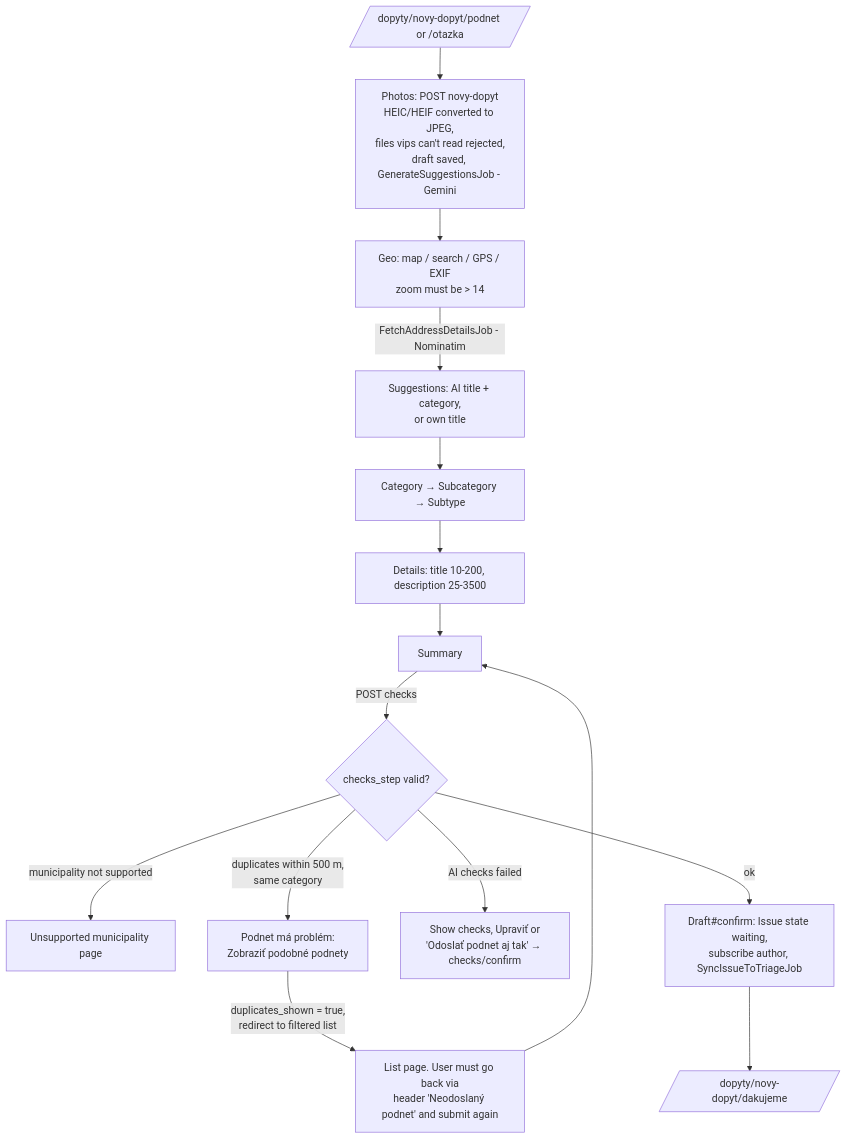
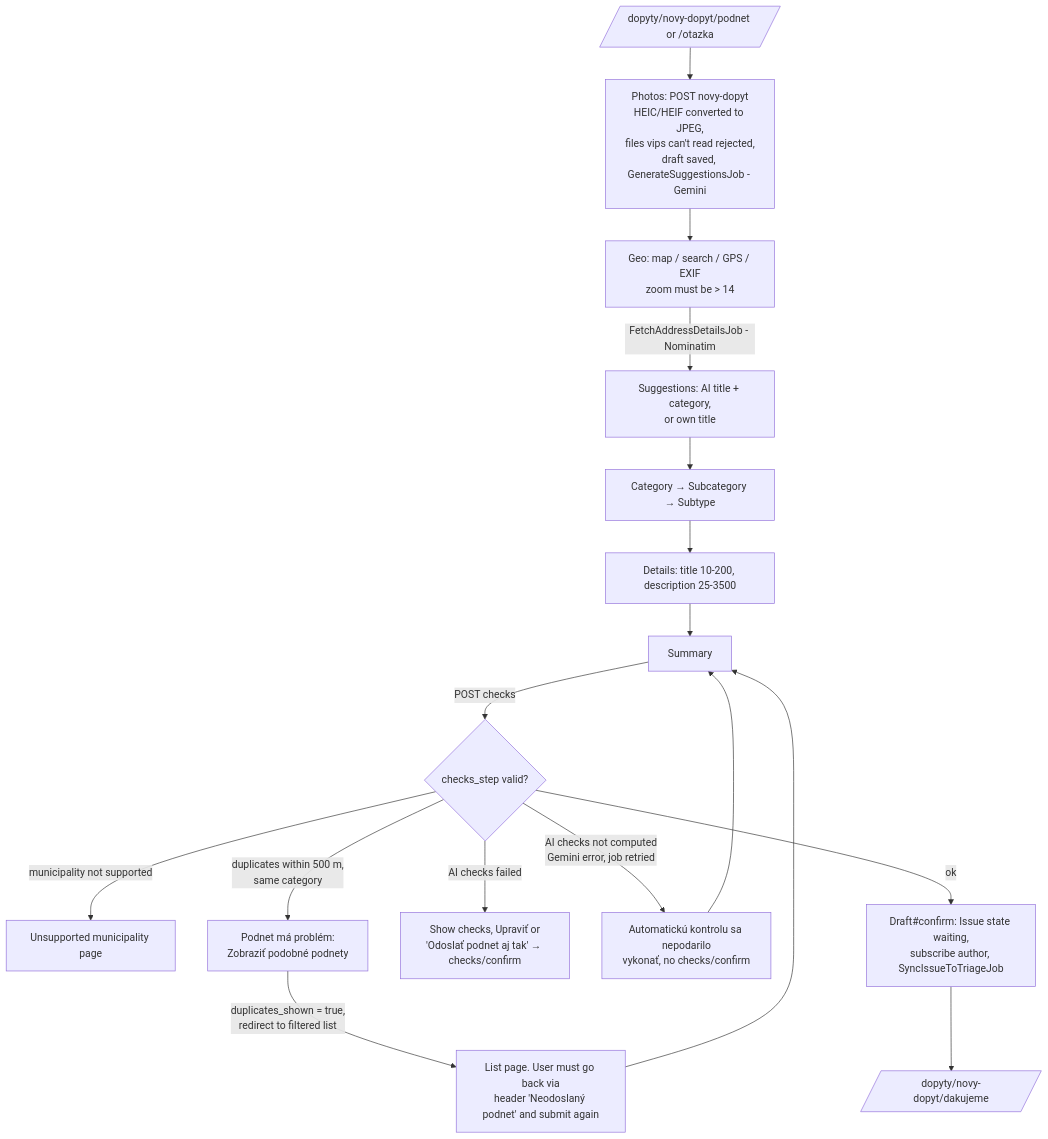
Before and after one commit to slovensko-digital/ops-portal: the first of 3 diagrams in docs/how-it-works/03-submission-and-triage.md, drawn with Mermaid. The commit also changed 1 other file, not shown here.

Commit message:
docs: show checks failing closed in the submission wizard

````diff
--- a/docs/how-it-works/03-submission-and-triage.md
+++ b/docs/how-it-works/03-submission-and-triage.md
@@ -9,17 +9,19 @@
 ```mermaid
 flowchart TD
   A[/dopyty/novy-dopyt/podnet or /otazka/] --> B[Photos: POST novy-dopyt<br/>HEIC/HEIF converted to JPEG,<br/>files vips can't read rejected,<br/>draft saved, GenerateSuggestionsJob - Gemini]
   B --> C[Geo: map / search / GPS / EXIF<br/>zoom must be > 14]
   C -->|FetchAddressDetailsJob - Nominatim| D[Suggestions: AI title + category,<br/>or own title]
   D --> E[Category → Subcategory → Subtype]
   E --> F[Details: title 10-200, description 25-3500]
   F --> G[Summary]
   G -->|POST checks| H{checks_step valid?}
   H -->|municipality not supported| H1[Unsupported municipality page]
   H -->|duplicates within 500 m,<br/>same category| H2[Podnet má problém:<br/>Zobraziť podobné podnety]
   H2 -->|duplicates_shown = true,<br/>redirect to filtered list| H3[List page. User must go back via<br/>header 'Neodoslaný podnet' and submit again]
   H3 --> G
   H -->|AI checks failed| H4[Show checks, Upraviť or<br/>'Odoslať podnet aj tak' → checks/confirm]
+  H -->|AI checks not computed<br/>Gemini error, job retried| H5[Automatickú kontrolu sa nepodarilo<br/>vykonať, no checks/confirm]
+  H5 --> G
   H -->|ok| I[Draft#confirm: Issue state waiting,<br/>subscribe author, SyncIssueToTriageJob]
   I --> J[/dopyty/novy-dopyt/dakujeme/]
 ```
````
